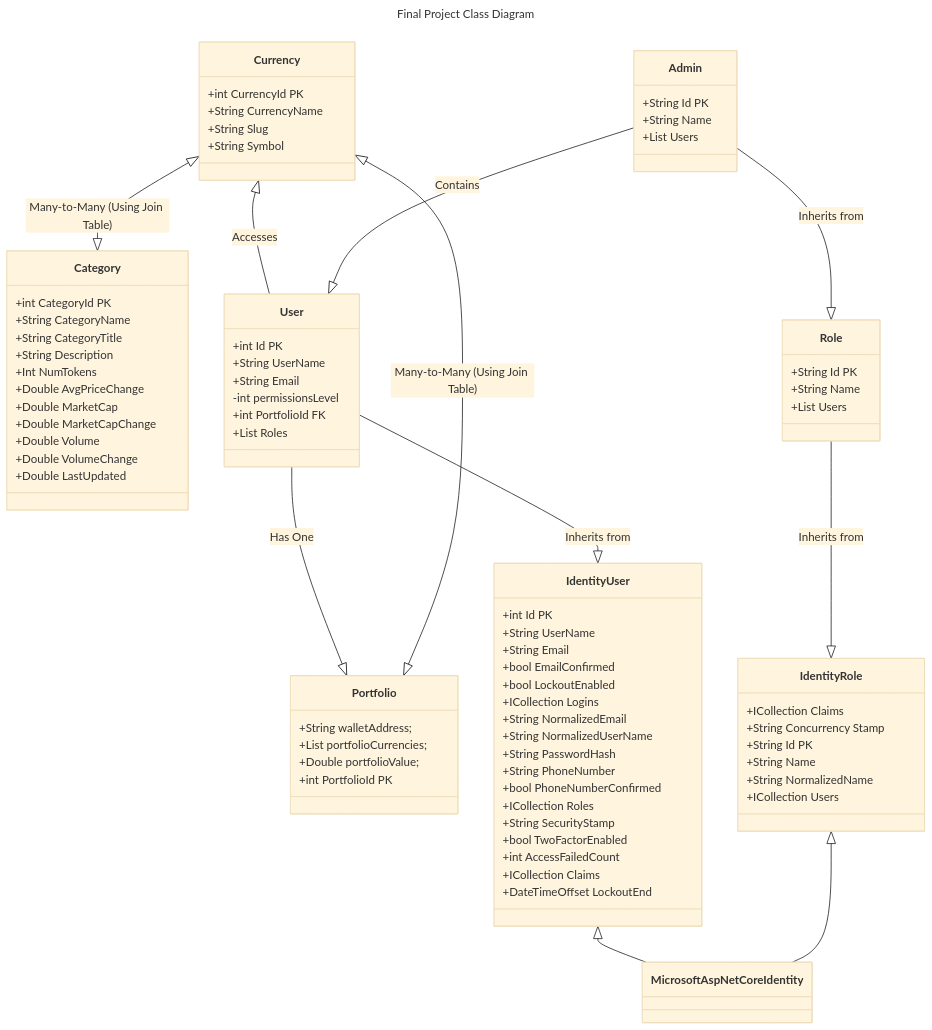
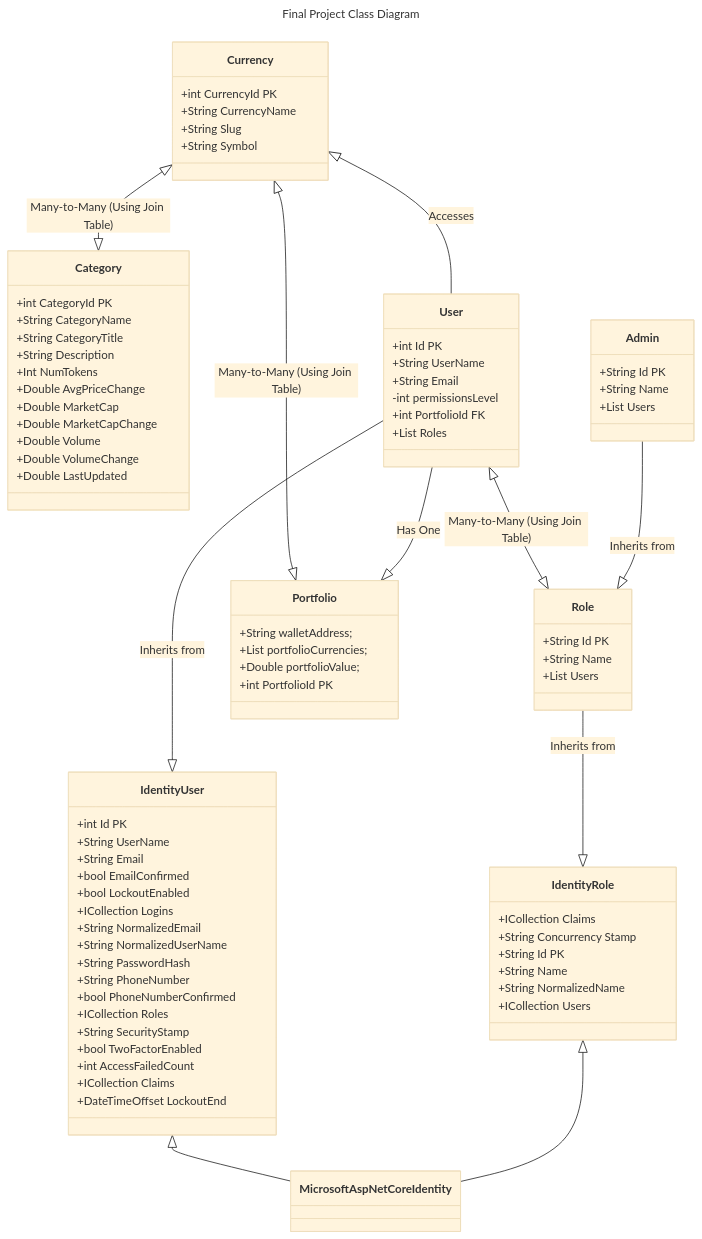
Before and after one commit to GrantRynders/ASPdemo: the diagram in README.md, drawn with Mermaid (base theme). The commit also changed 6 other files, not shown here.

```diff
--- a/README.md
+++ b/README.md
@@ -5,14 +5,16 @@
 classDiagram
     Currency <|--|> Category : Many-to-Many (Using Join Table)
     Currency <|-- User : Accesses
-    Admin --|> Role : Inherits from
-    User --|> Portfolio : Has One
+    
+    
     User --|> IdentityUser : Inherits from
     IdentityUser <|-- MicrosoftAspNetCoreIdentity
     Role --|> IdentityRole : Inherits from
     IdentityRole <|-- MicrosoftAspNetCoreIdentity
-    Admin --|> User : Contains
     Currency <|--|> Portfolio : Many-to-Many (Using Join Table)
+    User --|> Portfolio : Has One
+    User <|--|> Role : Many-to-Many (Using Join Table)
+    Admin --|> Role : Inherits from
     class Currency{
         +int CurrencyId PK
         +String CurrencyName
```
